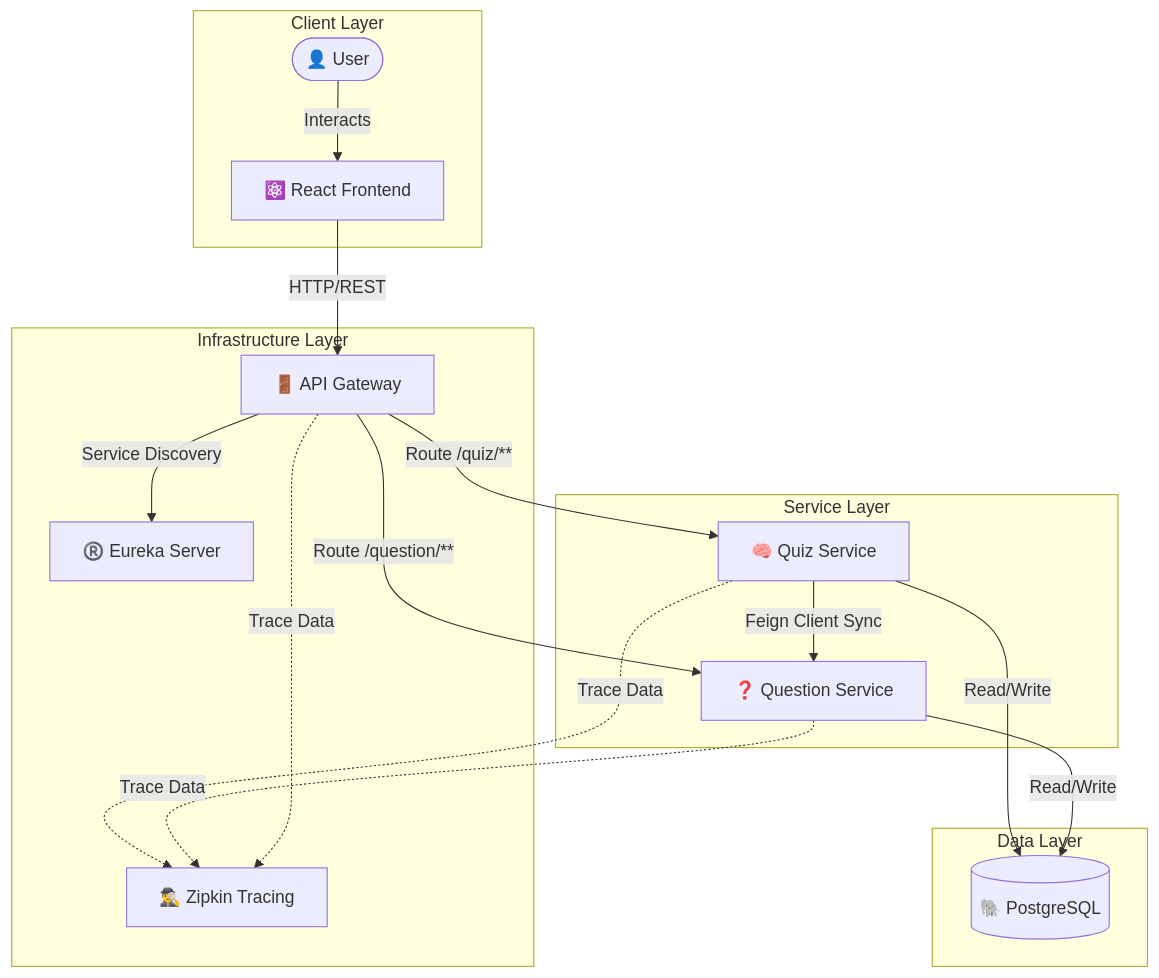
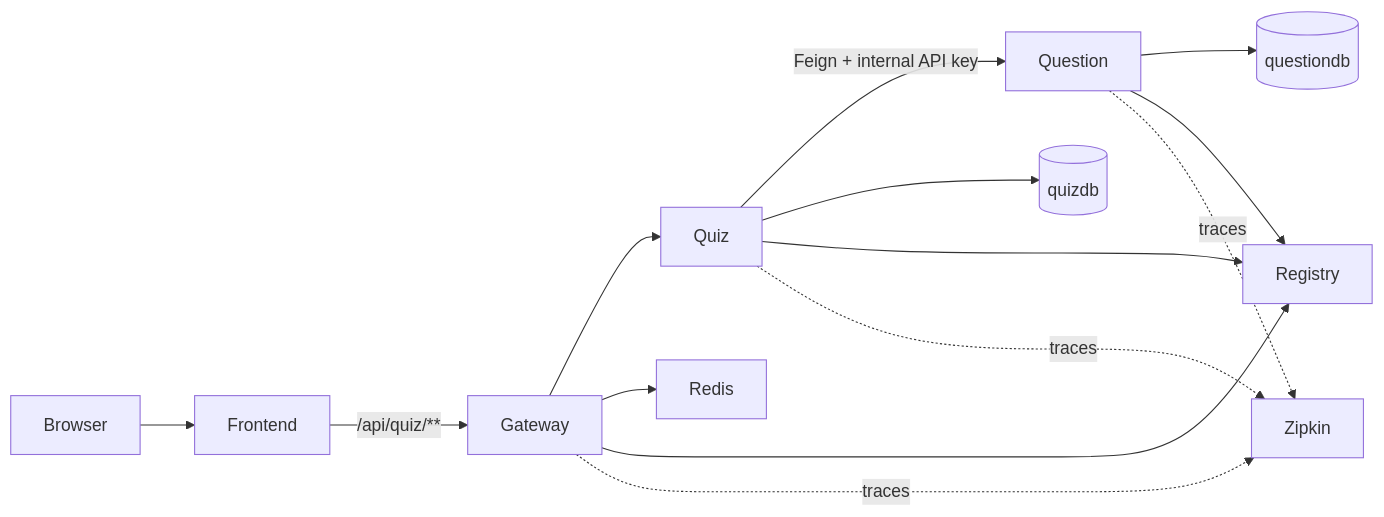
Before and after one commit to albonidrizi/quiz-microservices-platform: the diagram in README.md, drawn with Mermaid. The commit also changed other lines of this file and 67 other files, not shown here.

````diff
--- a/README.md
+++ b/README.md
@@ -18,38 +9,16 @@
 ```mermaid
-graph TD
-    subgraph Client Layer
-        User([👤 User])
-        Frontend[⚛️ React Frontend]
-    end
-
-    subgraph Infrastructure Layer
-        Gateway[🚪 API Gateway]
-        Registry[®️ Eureka Server]
-        Zipkin[️️🕵️‍♂️ Zipkin Tracing]
-    end
-
-    subgraph Service Layer
-        Quiz[🧠 Quiz Service]
-        Question[❓ Question Service]
-    end
-
-    subgraph Data Layer
-        DB[(🐘 PostgreSQL)]
-    end
-
-    User -->|Interacts| Frontend
-    Frontend -->|HTTP/REST| Gateway
-    
-    Gateway -->|Service Discovery| Registry
-    Gateway -->|Route /quiz/**| Quiz
-    Gateway -->|Route /question/**| Question
-
-    Quiz -->|Feign Client Sync| Question
-    Quiz -->|Read/Write| DB
-    Question -->|Read/Write| DB
-
-    %% Observability Connections
-    Quiz -.->|Trace Data| Zipkin
-    Question -.->|Trace Data| Zipkin
-    Gateway -.->|Trace Data| Zipkin
+flowchart LR
+    Browser --> Frontend
+    Frontend -->|/api/quiz/**| Gateway
+    Gateway --> Quiz
+    Quiz -->|Feign + internal API key| Question
+    Quiz --> QuizDB[(quizdb)]
+    Question --> QuestionDB[(questiondb)]
+    Gateway --> Redis
+    Gateway --> Registry
+    Quiz --> Registry
+    Question --> Registry
+    Gateway -. traces .-> Zipkin
+    Quiz -. traces .-> Zipkin
+    Question -. traces .-> Zipkin
 ```
````
